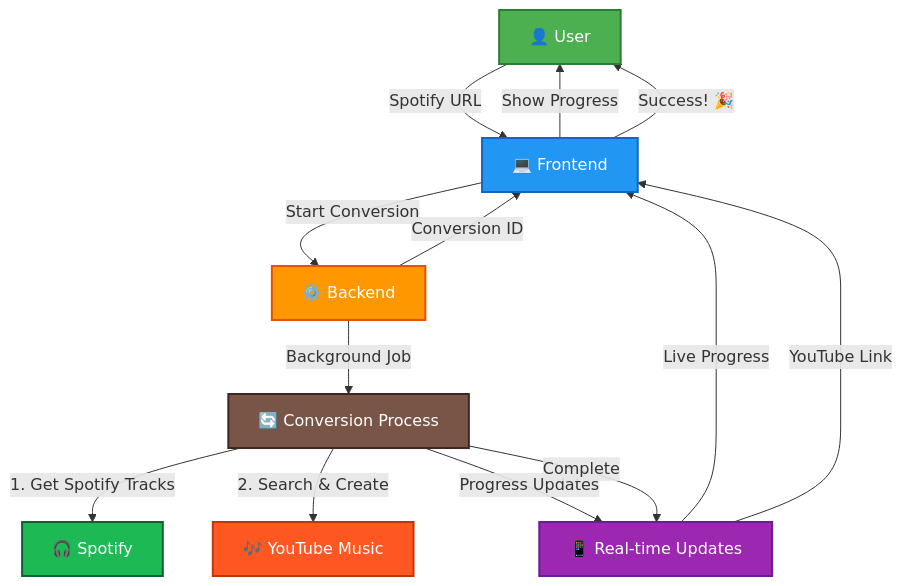
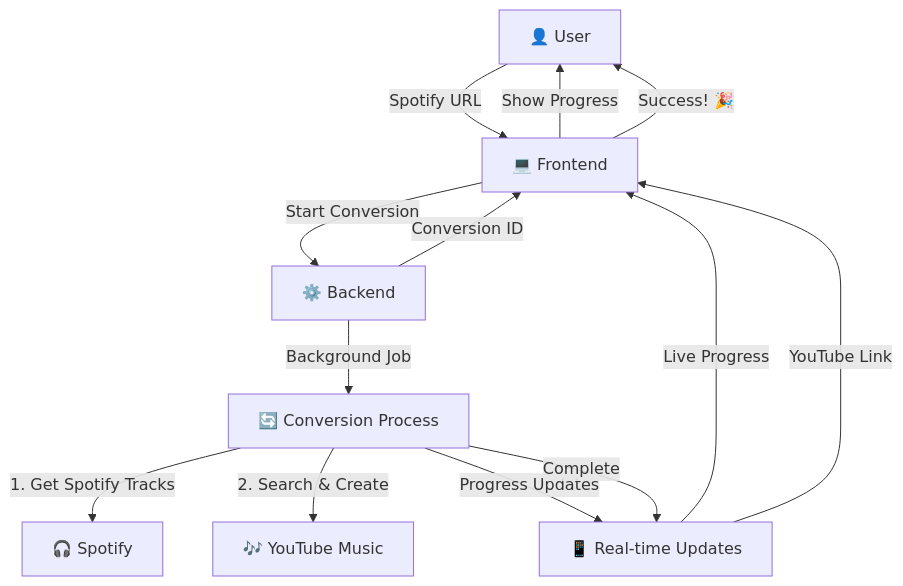
Before and after one commit to sohanagashimani/playlist-converter: the diagram in README.md, drawn with Mermaid.

Commit message:
Refactor README to streamline architecture diagram
- Removed specific style definitions from the architecture diagram in README.md to simplify the visual representation.
- Enhanced overall clarity and focus on key components for better user understanding.

````diff
--- a/README.md
+++ b/README.md
@@ -16,26 +16,18 @@
 ```mermaid
 graph TD
     A["👤 User"] -->|"Spotify URL"| B["💻 Frontend"]
     B -->|"Start Conversion"| C["⚙️ Backend"]
     C -->|"Conversion ID"| B
     C -->|"Background Job"| D["🔄 Conversion Process"]
 
     D -->|"1. Get Spotify Tracks"| E["🎧 Spotify"]
     D -->|"2. Search & Create"| F["🎶 YouTube Music"]
 
     D -->|"Progress Updates"| G["📱 Real-time Updates"]
     G -->|"Live Progress"| B
     B -->|"Show Progress"| A
 
     D -->|"Complete"| G
     G -->|"YouTube Link"| B
     B -->|"Success! 🎉"| A
-
-    style A fill:#4CAF50,stroke:#2E7D32,stroke-width:2px,color:#fff
-    style B fill:#2196F3,stroke:#1565C0,stroke-width:2px,color:#fff
-    style C fill:#FF9800,stroke:#E65100,stroke-width:2px,color:#fff
-    style D fill:#795548,stroke:#3E2723,stroke-width:2px,color:#fff
-    style E fill:#1DB954,stroke:#0F6032,stroke-width:2px,color:#fff
-    style F fill:#FF5722,stroke:#BF360C,stroke-width:2px,color:#fff
-    style G fill:#9C27B0,stroke:#6A1B9A,stroke-width:2px,color:#fff
 ```
````
